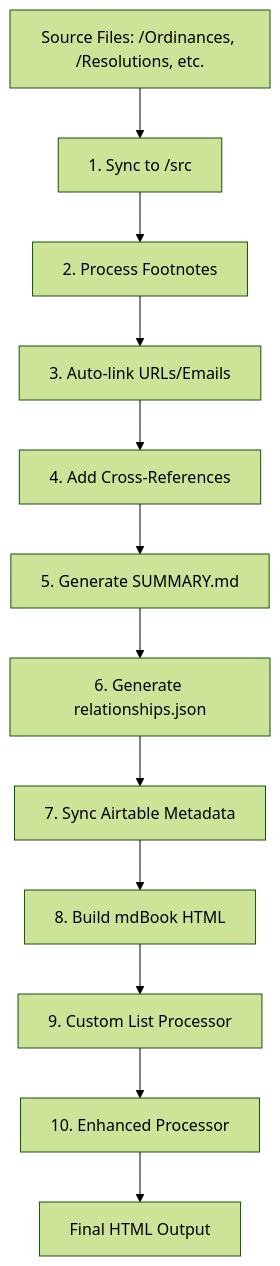
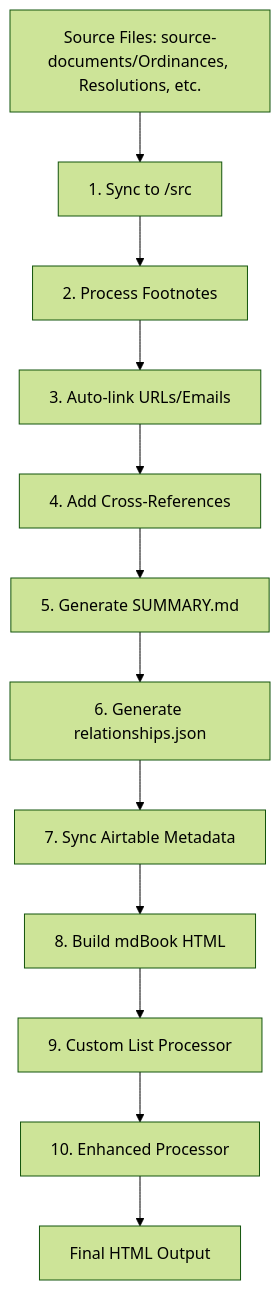
Before and after one commit to wifelette/city_of_rivergrove: the diagram in docs/build-architecture.md, drawn with Mermaid (forest theme). The commit also changed other lines of this file and 8 other files, not shown here.

````diff
--- a/docs/build-architecture.md
+++ b/docs/build-architecture.md
@@ -11,14 +18,14 @@
 ```mermaid
 graph TD
-    A[Source Files: /Ordinances, /Resolutions, etc.] --> B[1. Sync to /src]
+    A[Source Files: source-documents/Ordinances, Resolutions, etc.] --> B[1. Sync to /src]
     B --> C[2. Process Footnotes]
     C --> D[3. Auto-link URLs/Emails]
     D --> E[4. Add Cross-References]
     E --> F[5. Generate SUMMARY.md]
     F --> G[6. Generate relationships.json]
     G --> H[7. Sync Airtable Metadata]
     H --> I[8. Build mdBook HTML]
     I --> J[9. Custom List Processor]
     J --> K[10. Enhanced Processor]
     K --> L[Final HTML Output]
 ```
````
